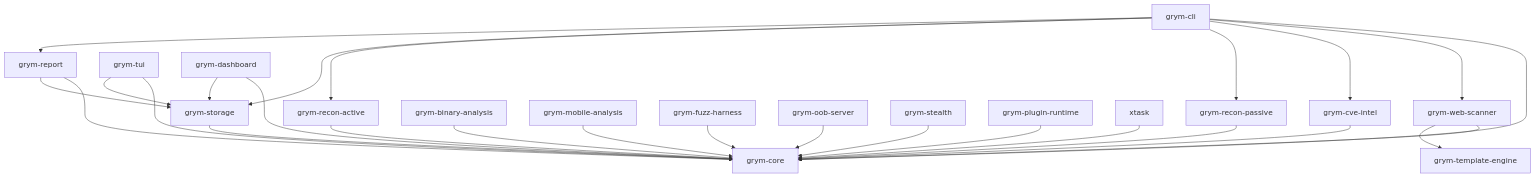
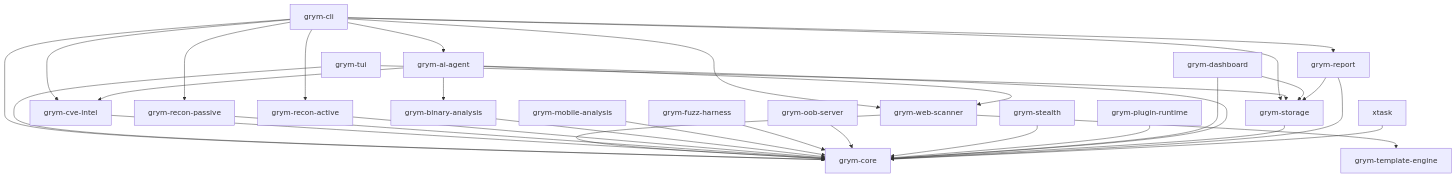
Before and after one commit to Karmanya03/Grym: the second of 8 diagrams in docs/ARCHITECTURE.md, drawn with Mermaid. The commit also changed other lines of this file and 13 other files, not shown here.

````diff
--- a/docs/ARCHITECTURE.md
+++ b/docs/ARCHITECTURE.md
@@ -99,34 +103,39 @@
 ```mermaid
 graph TD
     CLI["grym-cli"] --> CORE["grym-core"]
     CLI --> WEB["grym-web-scanner"]
     CLI --> CVE["grym-cve-intel"]
     CLI --> RP["grym-recon-passive"]
     CLI --> RA["grym-recon-active"]
     CLI --> STORE["grym-storage"]
     CLI --> REPORT["grym-report"]
+    CLI --> AGENT["grym-ai-agent"]
 
     TUI["grym-tui"] --> CORE
     TUI --> STORE
 
     WEB --> CORE
     WEB --> TEMPLATE["grym-template-engine"]
 
     CVE --> CORE
     RP --> CORE
     RA --> CORE
     BIN["grym-binary-analysis"] --> CORE
     MOB["grym-mobile-analysis"] --> CORE
     FUZZ["grym-fuzz-harness"] --> CORE
     OOB["grym-oob-server"] --> CORE
     STEALTH["grym-stealth"] --> CORE
     PLUGIN["grym-plugin-runtime"] --> CORE
     DASHBOARD["grym-dashboard"] --> CORE
     DASHBOARD --> STORE
+    AGENT --> CORE
+    AGENT --> CVE
+    AGENT --> WEB
+    AGENT --> BIN
 
     STORE --> CORE
     REPORT --> CORE
     REPORT --> STORE
 
     XTASK["xtask"] --> CORE
 ```
````
